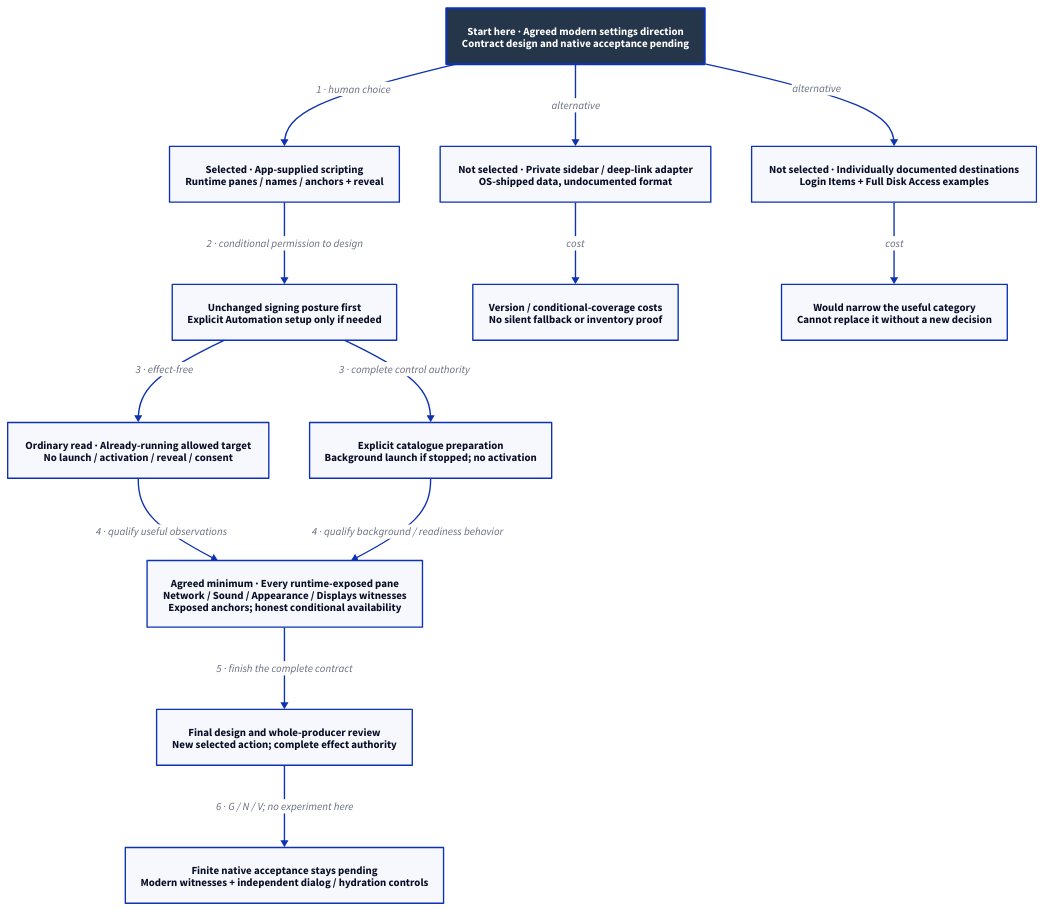
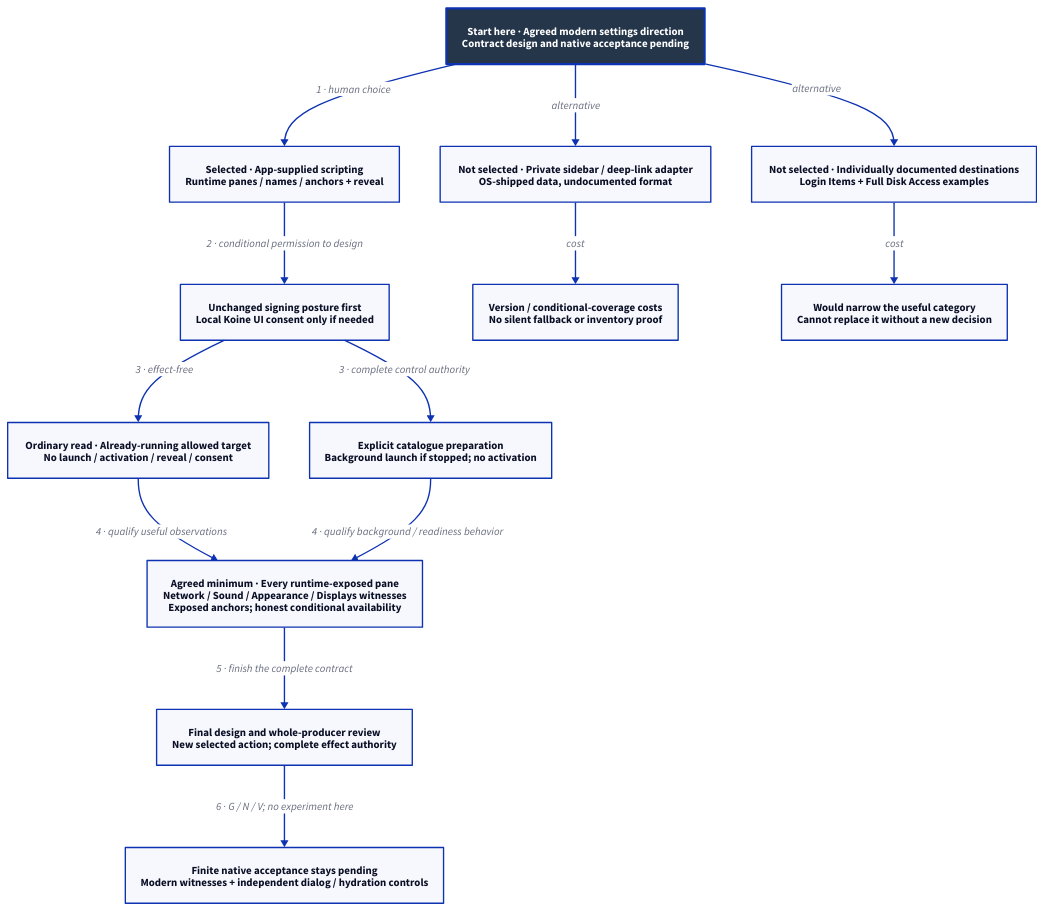
The diagram in docs/design/architecture/native-settings-decision.d2 (Linkuistics/Koine), drawn with D2 before and after one commit. The commit also changed 116 other files, not shown here.

```diff
--- a/docs/design/architecture/native-settings-decision.d2
+++ b/docs/design/architecture/native-settings-decision.d2
@@ -1,29 +1,29 @@
 # Human requirements agreed; exact source/API and native qualification remain pending.
 direction: down
 classes: {
   start: {style: {fill: "#25364B"; font-color: "#FFFFFF"; bold: true; stroke-width: 3}}
 }
 Start: "Start here · Agreed modern settings direction\nContract design and native acceptance pending" {class: start}
 Script: "Selected · App-supplied scripting\nRuntime panes / names / anchors + reveal"
-ScriptCost: "Unchanged signing posture first\nExplicit Automation setup only if needed"
+ScriptCost: "Unchanged signing posture first\nLocal Koine UI consent only if needed"
 Read: "Ordinary read · Already-running allowed target\nNo launch / activation / reveal / consent"
 Prepare: "Explicit catalogue preparation\nBackground launch if stopped; no activation"
 Sidebar: "Not selected · Private sidebar / deep-link adapter\nOS-shipped data, undocumented format"
 SidebarCost: "Version / conditional-coverage costs\nNo silent fallback or inventory proof"
 Fixed: "Not selected · Individually documented destinations\nLogin Items + Full Disk Access examples"
 FixedCost: "Would narrow the useful category\nCannot replace it without a new decision"
 Human: "Agreed minimum · Every runtime-exposed pane\nNetwork / Sound / Appearance / Displays witnesses\nExposed anchors; honest conditional availability"
 Design: "Final design and whole-producer review\nNew selected action; complete effect authority"
 Native: "Finite native acceptance stays pending\nModern witnesses + independent dialog / hydration controls"
 Start -> Script: "1 · human choice"
 Script -> ScriptCost: "2 · conditional permission to design"
 ScriptCost -> Read: "3 · effect-free"
 ScriptCost -> Prepare: "3 · complete control authority"
 Read -> Human: "4 · qualify useful observations"
 Prepare -> Human: "4 · qualify background / readiness behavior"
 Start -> Sidebar: "alternative"
 Sidebar -> SidebarCost: "cost"
 Start -> Fixed: "alternative"
 Fixed -> FixedCost: "cost"
 Human -> Design: "5 · finish the complete contract"
 Design -> Native: "6 · G / N / V; no experiment here"
```
